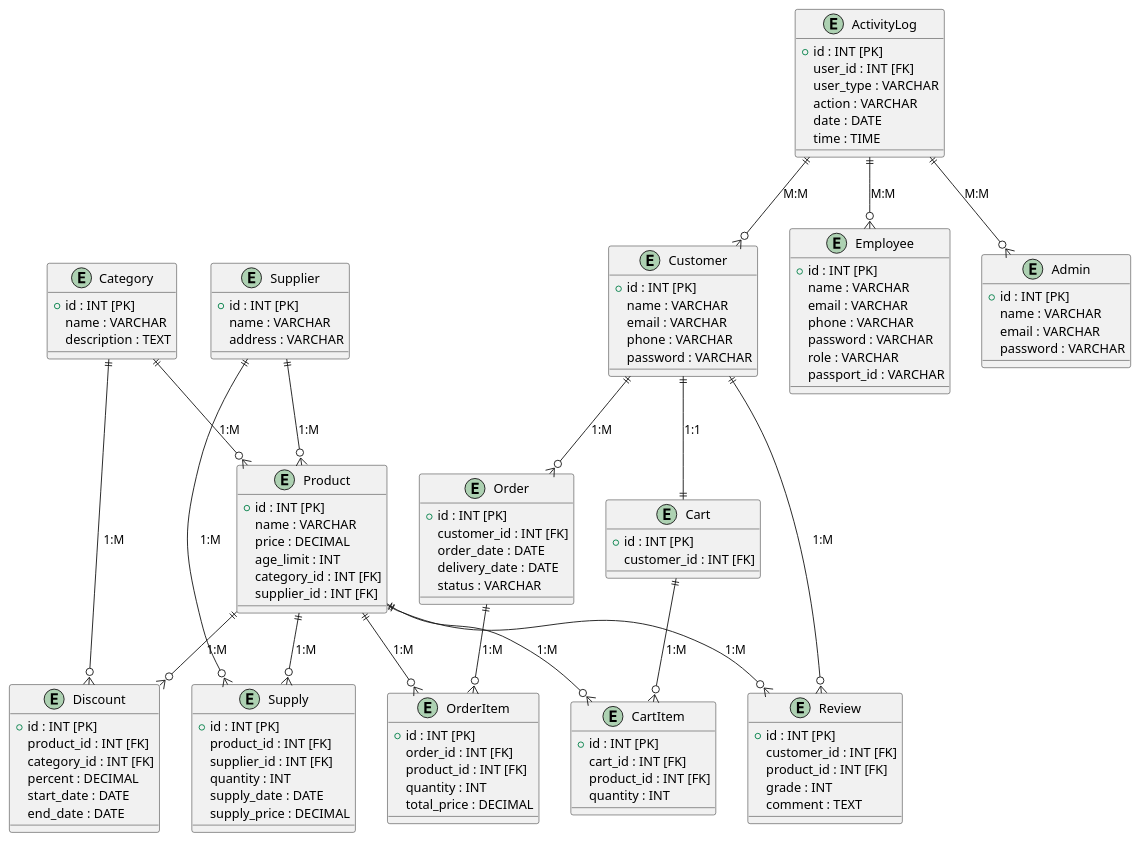
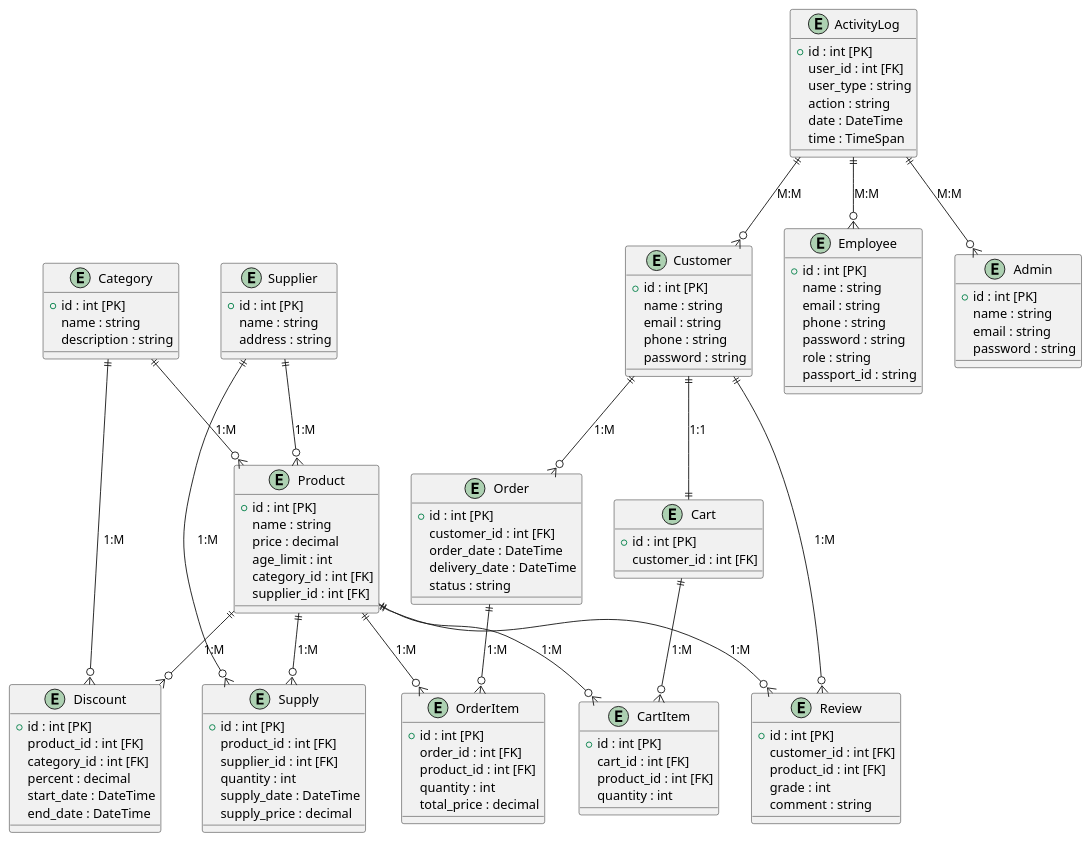
The diagram in DatabaseSchemas/unnormalized_schema.puml (nastyakashko1509/LegoStore_LabsDB), drawn with PlantUML before and after one commit.

Commit message:
Changes in the scheme

```diff
--- a/DatabaseSchemas/unnormalized_schema.puml
+++ b/DatabaseSchemas/unnormalized_schema.puml
@@ -1,135 +1,135 @@
 @startuml normalized_schema_er
 
 entity Category {
-    +id : INT [PK]
-    name : VARCHAR
-    description : TEXT
+    +id : int [PK]
+    name : string
+    description : string
 }
 
 entity Product {
-    +id : INT [PK]
-    name : VARCHAR
-    price : DECIMAL
-    age_limit : INT
-    category_id : INT [FK]
-    supplier_id : INT [FK]
+    +id : int [PK]
+    name : string
+    price : decimal
+    age_limit : int
+    category_id : int [FK]
+    supplier_id : int [FK]
 }
 
 entity Supplier {
-    +id : INT [PK]
-    name : VARCHAR
-    address : VARCHAR
+    +id : int [PK]
+    name : string
+    address : string
 }
 
 entity Discount {
-    +id : INT [PK]
-    product_id : INT [FK]
-    category_id : INT [FK]
-    percent : DECIMAL
-    start_date : DATE
-    end_date : DATE
+    +id : int [PK]
+    product_id : int [FK]
+    category_id : int [FK]
+    percent : decimal
+    start_date : DateTime
+    end_date : DateTime
 }
 
 entity Supply {
-    +id : INT [PK]
-    product_id : INT [FK]
-    supplier_id : INT [FK]
-    quantity : INT
-    supply_date : DATE
-    supply_price : DECIMAL
+    +id : int [PK]
+    product_id : int [FK]
+    supplier_id : int [FK]
+    quantity : int
+    supply_date : DateTime
+    supply_price : decimal
 }
 
 entity Customer {
-    +id : INT [PK]
-    name : VARCHAR
-    email : VARCHAR
-    phone : VARCHAR
-    password : VARCHAR
+    +id : int [PK]
+    name : string
+    email : string
+    phone : string
+    password : string
 }
 
 entity Order {
-    +id : INT [PK]
-    customer_id : INT [FK]
-    order_date : DATE
-    delivery_date : DATE
-    status : VARCHAR
+    +id : int [PK]
+    customer_id : int [FK]
+    order_date : DateTime
+    delivery_date : DateTime
+    status : string
 }
 
 entity OrderItem {
-    +id : INT [PK]
-    order_id : INT [FK]
-    product_id : INT [FK]
-    quantity : INT
-    total_price : DECIMAL
+    +id : int [PK]
+    order_id : int [FK]
+    product_id : int [FK]
+    quantity : int
+    total_price : decimal
 }
 
 entity Cart {
-    +id : INT [PK]
-    customer_id : INT [FK]
+    +id : int [PK]
+    customer_id : int [FK]
 }
 
 entity CartItem {
-    +id : INT [PK]
-    cart_id : INT [FK]
-    product_id : INT [FK]
-    quantity : INT
+    +id : int [PK]
+    cart_id : int [FK]
+    product_id : int [FK]
+    quantity : int
 }
 
 entity Review {
-    +id : INT [PK]
-    customer_id : INT [FK]
-    product_id : INT [FK]
-    grade : INT
-    comment : TEXT
+    +id : int [PK]
+    customer_id : int [FK]
+    product_id : int [FK]
+    grade : int
+    comment : string
 }
 
 entity Employee {
-    +id : INT [PK]
-    name : VARCHAR
-    email : VARCHAR
-    phone : VARCHAR
-    password : VARCHAR
-    role : VARCHAR
-    passport_id : VARCHAR
+    +id : int [PK]
+    name : string
+    email : string
+    phone : string
+    password : string
+    role : string
+    passport_id : string
 }
 
 entity Admin {
-    +id : INT [PK]
-    name : VARCHAR
-    email : VARCHAR
-    password : VARCHAR
+    +id : int [PK]
+    name : string
+    email : string
+    password : string
 }
 
 entity ActivityLog {
-    +id : INT [PK]
-    user_id : INT [FK]
-    user_type : VARCHAR
-    action : VARCHAR
-    date : DATE
-    time : TIME
+    +id : int [PK]
+    user_id : int [FK]
+    user_type : string
+    action : string
+    date : DateTime
+    time : TimeSpan
 }
 
 Category ||--o{ Product : "1:M"
 Supplier ||--o{ Product : "1:M"
 Product ||--o{ Supply : "1:M"
 Supplier ||--o{ Supply : "1:M"
 
 Product ||--o{ Discount : "1:M"
 Category ||--o{ Discount : "1:M"
 
 Customer ||--o{ Order : "1:M"
 Order ||--o{ OrderItem : "1:M"
 Product ||--o{ OrderItem : "1:M"
 
 Customer ||--|| Cart : "1:1"
 Cart ||--o{ CartItem : "1:M"
 Product ||--o{ CartItem : "1:M"
 
 Customer ||--o{ Review : "1:M"
 Product ||--o{ Review : "1:M"
 
 ActivityLog ||--o{ Customer : "M:M"
 ActivityLog ||--o{ Employee : "M:M"
 ActivityLog ||--o{ Admin : "M:M"
 
 @enduml
```
